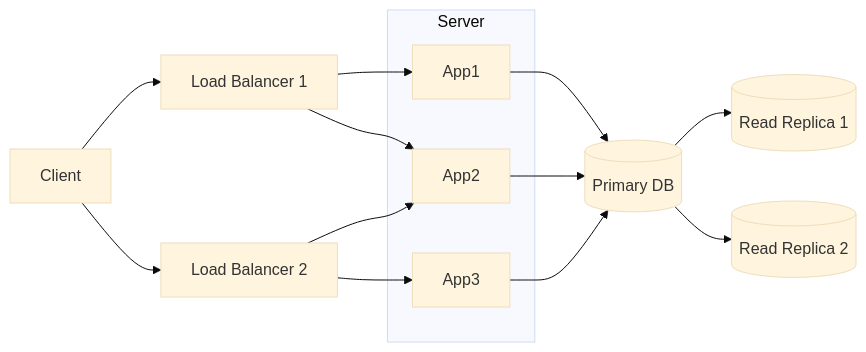
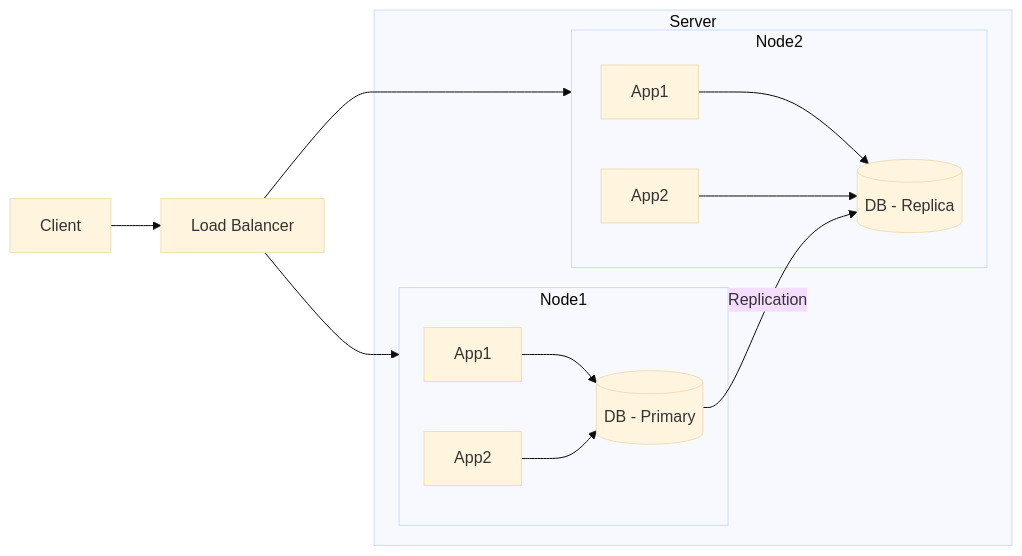
The third of 5 diagrams in src/main/java/com/system/design/high_level_design/code_concept/design-high-availability-architecture.md (danishnetp/learning-system-design-concepts), drawn with Mermaid (base theme) before and after one commit. The commit also changed other lines of this file, not shown here.

Commit message:
c&c design high availability.

````diff
--- a/src/main/java/com/system/design/high_level_design/code_concept/design-high-availability-architecture.md
+++ b/src/main/java/com/system/design/high_level_design/code_concept/design-high-availability-architecture.md
@@ -114,23 +114,25 @@
 ```mermaid
 flowchart LR
-    C[Client] --> LB1[Load Balancer 1]
-    C --> LB2[Load Balancer 2]
+    C[Client] --> LB[Load Balancer]
 
     subgraph Server
-        A1[App1]
-        A2[App2]
-        A3[App3]
+        subgraph Node1
+            A11[App1]
+            A12[App2]
+            DB1[(DB - Primary)]
+            A11 --> DB1
+            A12 --> DB1
+        end
+        subgraph Node2
+            A21[App1]
+            A22[App2]
+            DB2[(DB - Replica)]
+            A21 --> DB2
+            A22 --> DB2
+        end
     end
 
-    LB1 --> A1
-    LB1 --> A2
-    LB2 --> A2
-    LB2 --> A3
-
-    A1 --> DBP[(Primary DB)]
-    A2 --> DBP
-    A3 --> DBP
-
-    DBP --> DBR1[(Read Replica 1)]
-    DBP --> DBR2[(Read Replica 2)]
+    LB --> Node1
+    LB --> Node2
+    DB1 -->|Replication| DB2
 ```
````
